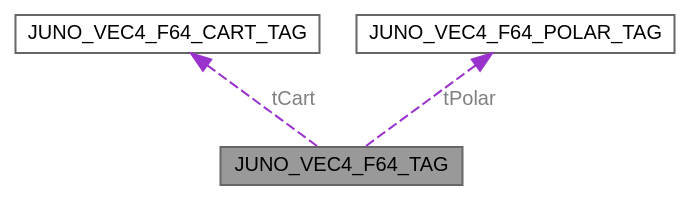
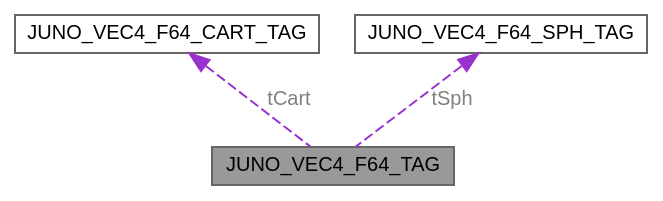
The diagram in unionJUNO__VEC4__F64__TAG__coll__graph.dot (robinonsay/libjuno), drawn with Graphviz before and after one commit. The commit also changed 241 other files, not shown here.

```diff
--- a/unionJUNO__VEC4__F64__TAG__coll__graph.dot
+++ b/unionJUNO__VEC4__F64__TAG__coll__graph.dot
@@ -1,12 +1,12 @@
 digraph "JUNO_VEC4_F64_TAG"
 {
  // LATEX_PDF_SIZE
   bgcolor="transparent";
   edge [fontname=Helvetica,fontsize=10,labelfontname=Helvetica,labelfontsize=10];
   node [fontname=Helvetica,fontsize=10,shape=box,height=0.2,width=0.4];
   Node1 [id="Node000001",label="JUNO_VEC4_F64_TAG",height=0.2,width=0.4,color="gray40", fillcolor="grey60", style="filled", fontcolor="black",tooltip="4D vector union supporting Cartesian, hyperspherical, and array access (double precision)."];
   Node2 -> Node1 [id="edge1_Node000001_Node000002",dir="back",color="darkorchid3",style="dashed",tooltip=" ",label=" tCart",fontcolor="grey" ];
   Node2 [id="Node000002",label="JUNO_VEC4_F64_CART_TAG",height=0.2,width=0.4,color="gray40", fillcolor="white", style="filled",URL="$structJUNO__VEC4__F64__CART__TAG.html",tooltip="4D vector in Cartesian coordinates (double precision)."];
-  Node3 -> Node1 [id="edge2_Node000001_Node000003",dir="back",color="darkorchid3",style="dashed",tooltip=" ",label=" tPolar",fontcolor="grey" ];
-  Node3 [id="Node000003",label="JUNO_VEC4_F64_POLAR_TAG",height=0.2,width=0.4,color="gray40", fillcolor="white", style="filled",URL="$structJUNO__VEC4__F64__POLAR__TAG.html",tooltip="4D vector in hyperspherical coordinates (double precision)."];
+  Node3 -> Node1 [id="edge2_Node000001_Node000003",dir="back",color="darkorchid3",style="dashed",tooltip=" ",label=" tSph",fontcolor="grey" ];
+  Node3 [id="Node000003",label="JUNO_VEC4_F64_SPH_TAG",height=0.2,width=0.4,color="gray40", fillcolor="white", style="filled",URL="$structJUNO__VEC4__F64__SPH__TAG.html",tooltip="4D vector in hyperspherical coordinates (double precision)."];
 }
```
